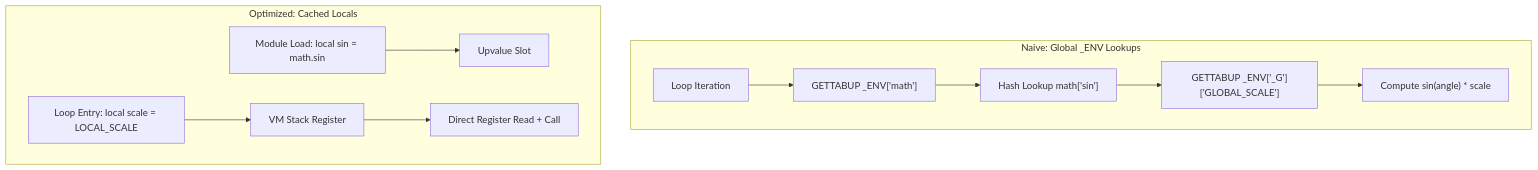
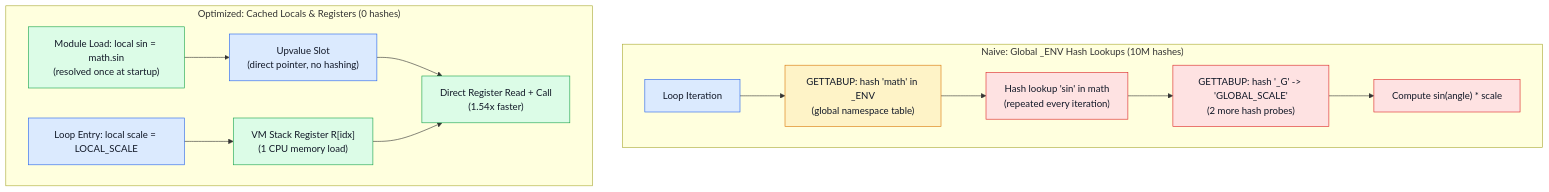
The diagram in lessons/LocalsVsGlobals/Tutorial/en.md (LevyArsOS/lua-lessons), drawn with Mermaid before and after one commit. The commit also changed other lines of this file and 5 other files, not shown here.

First line of the commit message:
docs(tutorials): upgrade ArrayVsHash, ClosureReuse, and LocalsVsGlobals diagrams

````diff
--- a/lessons/LocalsVsGlobals/Tutorial/en.md
+++ b/lessons/LocalsVsGlobals/Tutorial/en.md
@@ -47,15 +47,21 @@
 ```mermaid
 flowchart TD
-    subgraph Naive["Naive: Global _ENV Lookups"]
-        L1["Loop Iteration"] --> G1["GETTABUP _ENV['math']"]
-        G1 --> G2["Hash Lookup math['sin']"]
-        G2 --> G3["GETTABUP _ENV['_G']['GLOBAL_SCALE']"]
-        G3 --> C1["Compute sin(angle) * scale"]
+    classDef slow fill:#fee2e2,stroke:#dc2626,color:#111827
+    classDef fast fill:#dcfce7,stroke:#16a34a,color:#111827
+    classDef vm fill:#dbeafe,stroke:#2563eb,color:#111827
+    classDef warn fill:#fef3c7,stroke:#d97706,color:#111827
+
+    subgraph Naive["Naive: Global _ENV Hash Lookups (10M hashes)"]
+        L1["Loop Iteration"]:::vm --> G1["GETTABUP: hash 'math' in _ENV<br/>(global namespace table)"]:::warn
+        G1 --> G2["Hash lookup 'sin' in math<br/>(repeated every iteration)"]:::slow
+        G2 --> G3["GETTABUP: hash '_G' -> 'GLOBAL_SCALE'<br/>(2 more hash probes)"]:::slow
+        G3 --> C1["Compute sin(angle) * scale"]:::slow
     end
 
-    subgraph Optimized["Optimized: Cached Locals"]
-        Init["Module Load: local sin = math.sin"] --> Up["Upvalue Slot"]
-        L2["Loop Entry: local scale = LOCAL_SCALE"] --> Reg["VM Stack Register"]
-        Reg --> C2["Direct Register Read + Call"]
+    subgraph Optimized["Optimized: Cached Locals & Registers (0 hashes)"]
+        Init["Module Load: local sin = math.sin<br/>(resolved once at startup)"]:::fast --> Up["Upvalue Slot<br/>(direct pointer, no hashing)"]:::vm
+        L2["Loop Entry: local scale = LOCAL_SCALE"]:::vm --> Reg["VM Stack Register R[idx]<br/>(1 CPU memory load)"]:::fast
+        Up --> C2["Direct Register Read + Call<br/>(1.54x faster)"]:::fast
+        Reg --> C2
     end
 ```
````
